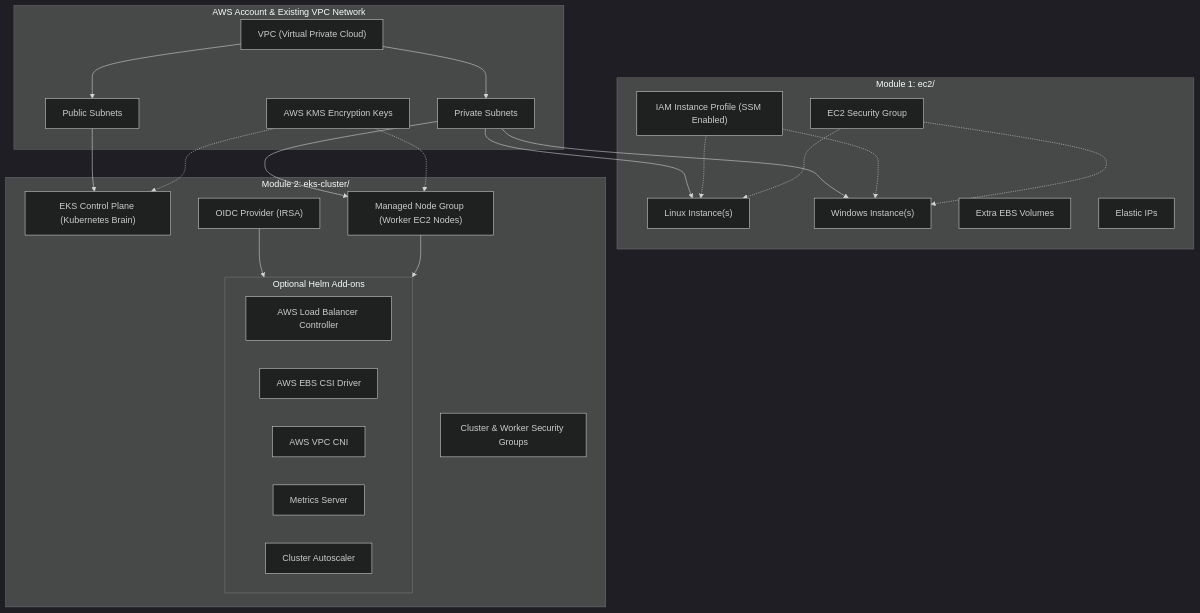
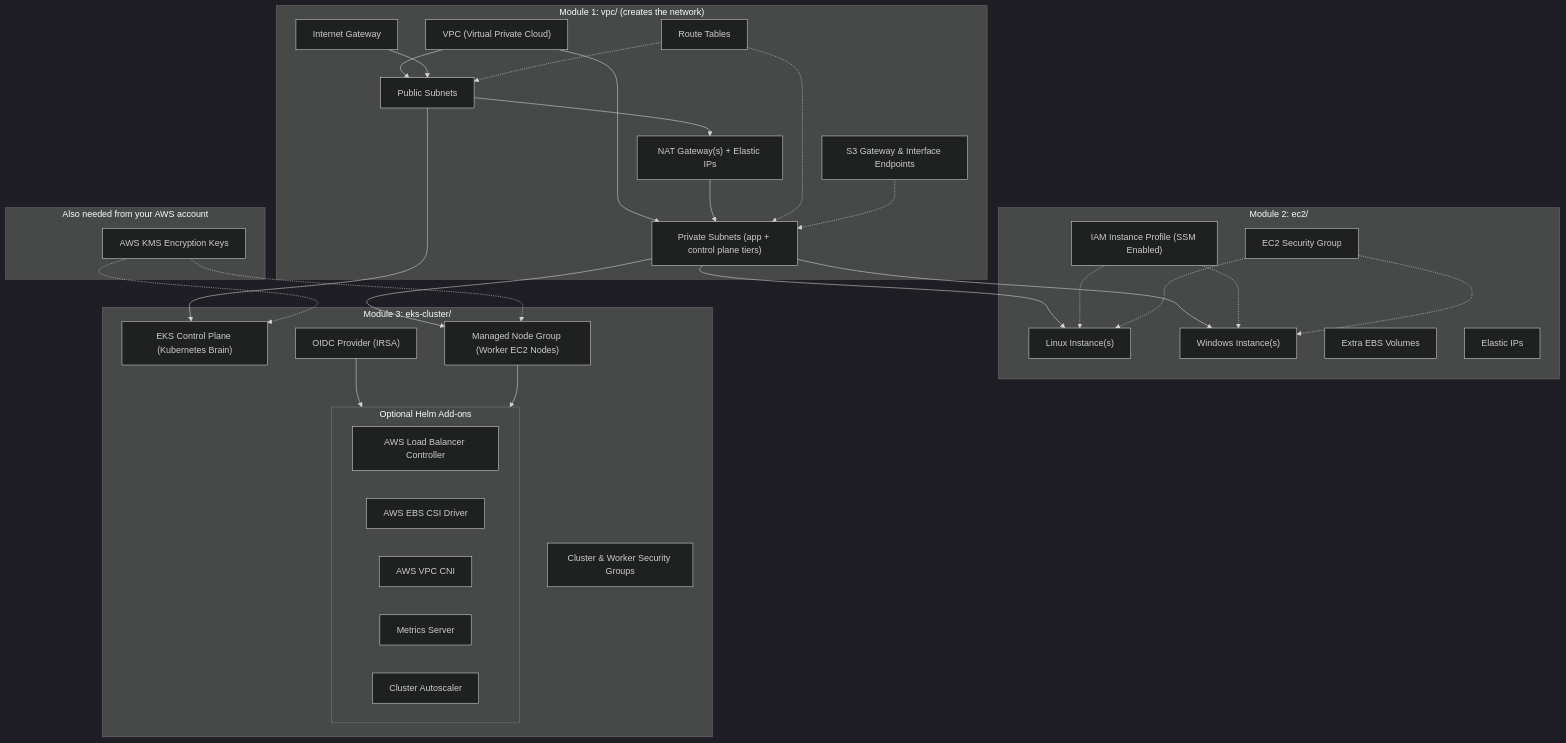
One commit to csbisht/IaC_AWS changed the first of 2 diagrams in README.md. Above: the diagram before and after it, drawn with Mermaid (dark theme). The commit also changed other lines of this file and 19 other files, not shown here.

````diff
--- a/README.md
+++ b/README.md
@@ -13,51 +13,65 @@
 ```mermaid
 graph TD
-    subgraph AWS_Account ["AWS Account & Existing VPC Network"]
+    subgraph VPC_Module ["Module 1: vpc/ (creates the network)"]
         VPC["VPC (Virtual Private Cloud)"]
         PUB_SUB["Public Subnets"]
-        PRIV_SUB["Private Subnets"]
+        PRIV_SUB["Private Subnets (app + control plane tiers)"]
+        IGW["Internet Gateway"]
+        NATGW["NAT Gateway(s) + Elastic IPs"]
+        RT["Route Tables"]
+        VPCE["S3 Gateway & Interface Endpoints"]
+    end
+
+    subgraph AWS_Account ["Also needed from your AWS account"]
         KMS["AWS KMS Encryption Keys"]
     end
 
-    subgraph EC2_Module ["Module 1: ec2/"]
+    subgraph EC2_Module ["Module 2: ec2/"]
         INST1["Linux Instance(s)"]
         INST2["Windows Instance(s)"]
         SG_EC2["EC2 Security Group"]
         IAM_EC2["IAM Instance Profile (SSM Enabled)"]
         EBS["Extra EBS Volumes"]
         EIP["Elastic IPs"]
     end
 
-    subgraph EKS_Module ["Module 2: eks-cluster/"]
+    subgraph EKS_Module ["Module 3: eks-cluster/"]
         EKS_CP["EKS Control Plane (Kubernetes Brain)"]
         NODE_GRP["Managed Node Group (Worker EC2 Nodes)"]
         OIDC["OIDC Provider (IRSA)"]
         SG_EKS["Cluster & Worker Security Groups"]
         
         subgraph Helm_Addons ["Optional Helm Add-ons"]
             LBC["AWS Load Balancer Controller"]
             EBS_CSI["AWS EBS CSI Driver"]
             VPC_CNI["AWS VPC CNI"]
             METRICS["Metrics Server"]
             AUTOSCALE["Cluster Autoscaler"]
         end
     end
 
     VPC --> PRIV_SUB
     VPC --> PUB_SUB
+    IGW --> PUB_SUB
+    PUB_SUB --> NATGW
+    NATGW --> PRIV_SUB
+    RT -.-> PRIV_SUB
+    RT -.-> PUB_SUB
+    VPCE -.-> PRIV_SUB
+
     PRIV_SUB --> INST1
     PRIV_SUB --> INST2
     PRIV_SUB --> NODE_GRP
     PUB_SUB --> EKS_CP
     
     IAM_EC2 -.-> INST1
     IAM_EC2 -.-> INST2
     SG_EC2 -.-> INST1
     SG_EC2 -.-> INST2
     
     KMS -.-> EKS_CP
     KMS -.-> NODE_GRP
     
     OIDC --> Helm_Addons
     NODE_GRP --> Helm_Addons
 ```
````
